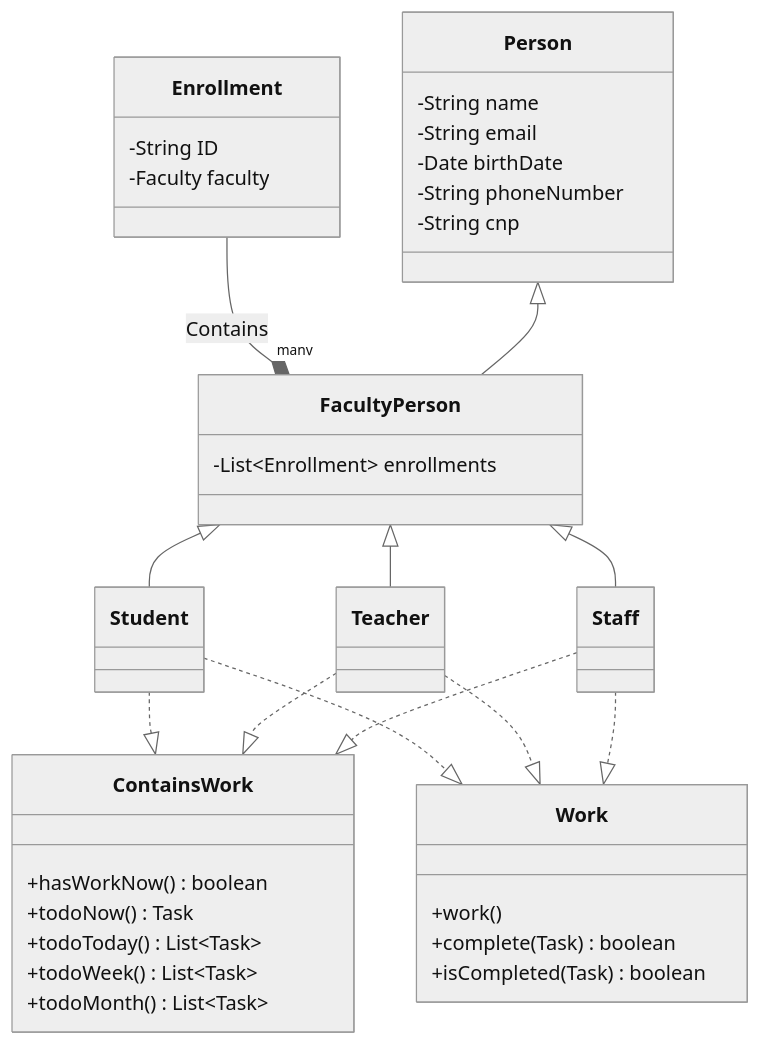
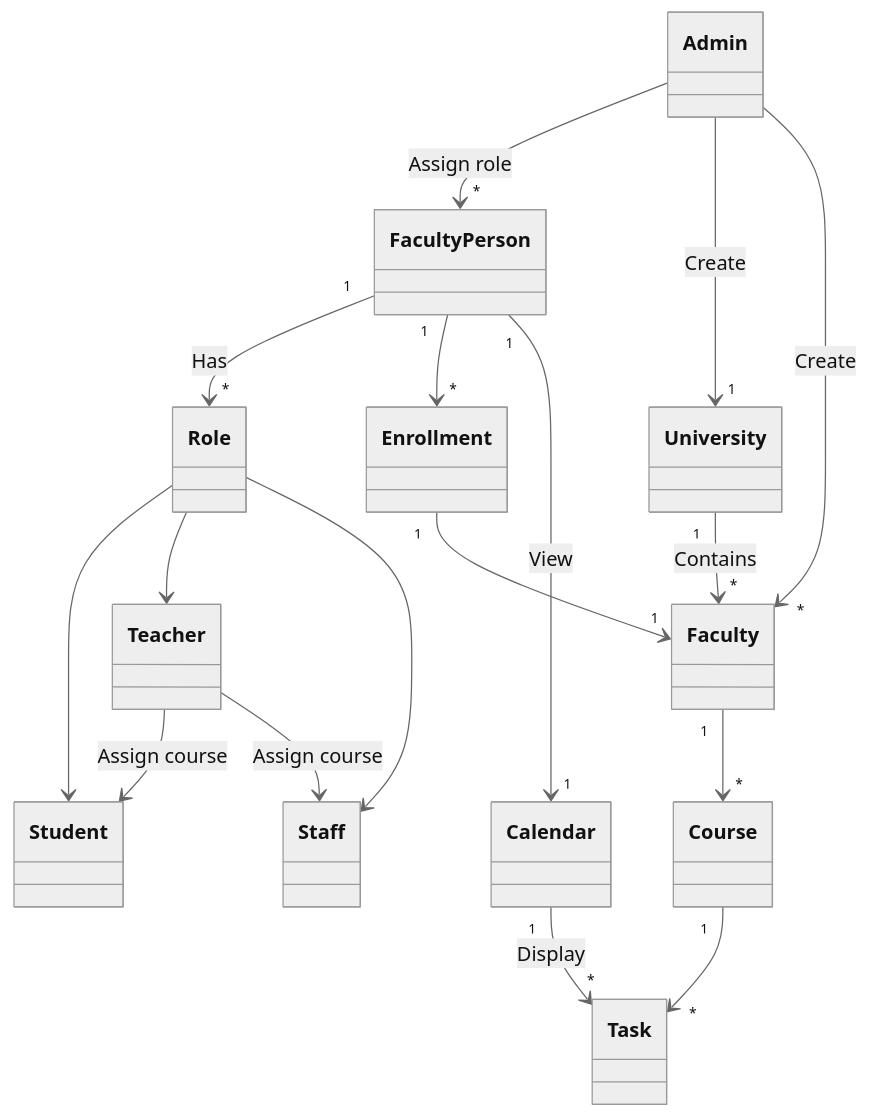
The diagram in README.md (GaussianWonder/university-calendar), drawn with Mermaid (neutral theme) before and after one commit. The commit also changed other lines of this file and 10 other files, not shown here.

Commit message:
diagrams. 1/1000 of documentation

````diff
--- a/README.md
+++ b/README.md
@@ -35,52 +33,36 @@
 ```mermaid
 classDiagram
   direction TB
-  Enrollment --* "many" FacultyPerson : Contains
+  FacultyPerson "1" --> "*" Role : Has
+  Role --> Student
+  Role --> Teacher
+  Role --> Staff
 
-  Person <|-- FacultyPerson
-  FacultyPerson <|-- Student
-  FacultyPerson <|-- Teacher
-  FacultyPerson <|-- Staff
+  University "1" --> "*" Faculty : Contains
+  Faculty "1" --> "*" Course
+  Course "1" --> "*" Task
+  FacultyPerson "1" --> "*" Enrollment
+  Enrollment "1" --> "1" Faculty
 
-  Student ..|> ContainsWork
-  Teacher ..|> ContainsWork
-  Staff ..|> ContainsWork
+  Teacher --> Student : Assign course
+  Teacher --> Staff : Assign course
 
-  Student ..|> Work
-  Teacher ..|> Work
-  Staff ..|> Work
+  Admin --> "*" FacultyPerson : Assign role
+  Admin --> "1" University : Create
+  Admin --> "*" Faculty  : Create
 
-  class Person {
-    -String name
-    -String email
-    -Date birthDate
-    -String phoneNumber
-    -String cnp
-  }
-  class FacultyPerson {
-    -List~Enrollment~ enrollments
-  }
-  class Work {
-    +work()
-    +complete(Task) boolean
-    +isCompleted(Task) boolean
-  }
-  class ContainsWork {
-    +hasWorkNow() boolean
-    +todoNow() Task
-    +todoToday() List~Task~
-    +todoWeek() List~Task~
-    +todoMonth() List~Task~
-  }
-  class Teacher {
-  }
-  class Staff {
-  }
-  class Student {
-  }
+  FacultyPerson "1" --> "1" Calendar : View
+  Calendar "1" --> "*" Task : Display
 
-  class Enrollment {
-    -String ID
-    -Faculty faculty
-  }
+  class Admin { }
+  class FacultyPerson { }
+  class Teacher { }
+  class Staff { }
+  class Student { }
+  class Enrollment { }
+  class University { }
+  class Faculty { }
+  class Course { }
+  class Task { }
+  class Calendar { }
 ```
````
